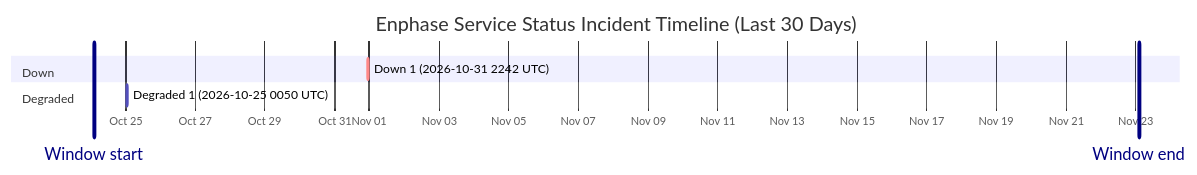
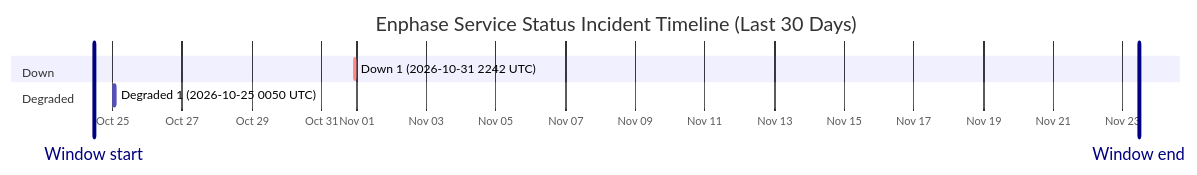
One commit to barneyonline/ha-enphase-energy changed the diagram in wiki/Service-Status-History.md. Above: the diagram before and after it, drawn with Mermaid. The commit also changed other lines of this file and 3 other files, not shown here.

````diff
--- a/wiki/Service-Status-History.md
+++ b/wiki/Service-Status-History.md
@@ -14,12 +14,12 @@
 ```mermaid
 gantt
     title Enphase Service Status Incident Timeline (Last 30 Days)
     dateFormat  YYYY-MM-DDTHH:mm:ss
     axisFormat  %b %d
-    Window start :vert, window-start, 2026-10-24T02:14:08, 0ms
-    Window end :vert, window-end, 2026-11-23T02:14:08, 0ms
+    Window start :vert, window-start, 2026-10-24T11:00:55, 0ms
+    Window end :vert, window-end, 2026-11-23T11:00:55, 0ms
     section Down
     Down 1 (2026-10-31 2242 UTC) :crit, down-1, 2026-10-31T22:42:18, 60m
     section Degraded
     Degraded 1 (2026-10-25 0050 UTC) :active, degraded-1, 2026-10-25T00:50:01, 60m
 ```
````
